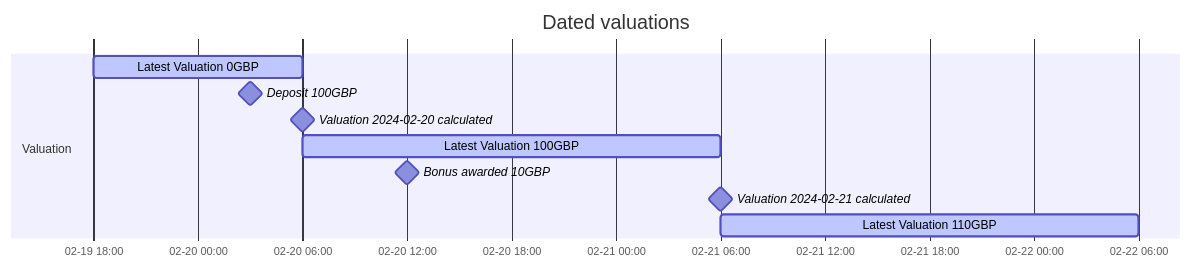
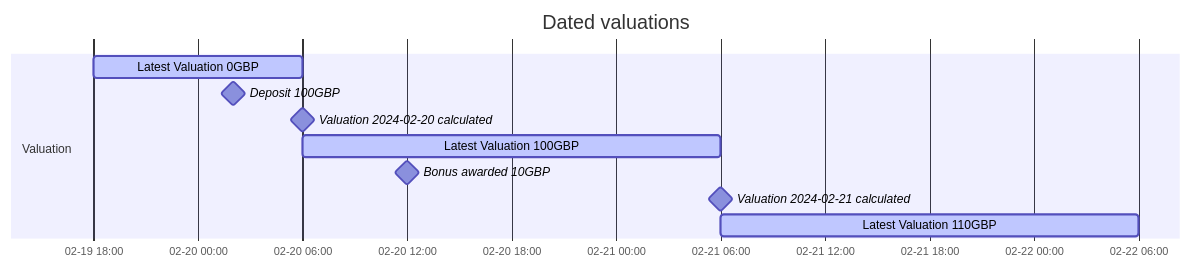
Before and after one commit to wealthkernel/api-documentation-guides: the first of 2 diagrams in docs/balances/FAQs.md, drawn with Mermaid. The commit also changed other lines of this file, not shown here.

Commit message:
fix diagram milestones

````diff
--- a/docs/balances/FAQs.md
+++ b/docs/balances/FAQs.md
@@ -17,16 +17,16 @@
 ```mermaid
 gantt
-dateFormat  YYYY-MM-DD HH:mm
+dateFormat YYYY-MM-DD HH:mm
 axisFormat %m-%d %H:%M
 title Dated valuations
 todayMarker off
 
     section Valuation
     Latest Valuation 0GBP :active, val1, 2024-02-19 18:00, 12h
-    Deposit 100GBP :milestone, deposit, 2024-02-20, 6h
-    Valuation 2024-02-20 calculated :milestone, calc1, after deposit,
+    Deposit 100GBP :milestone, deposit, 2024-02-20 02:00, 0h
+    Valuation 2024-02-20 calculated :milestone, calc1, 2024-02-20 06:00, 0h
     Latest Valuation 100GBP :active, val1, 2024-02-20 06:00, 1d
-    Bonus awarded 10GBP :milestone, bon, 2024-02-20, 24h
-    Valuation 2024-02-21 calculated :milestone, calc2, 2024-02-21, 12h
+    Bonus awarded 10GBP :milestone, bon, 2024-02-20 12:00, 0h
+    Valuation 2024-02-21 calculated :milestone, calc2, 2024-02-21 06:00, 0h
     Latest Valuation 110GBP :active, val2, 2024-02-21 06:00, 1d
 ```
````
